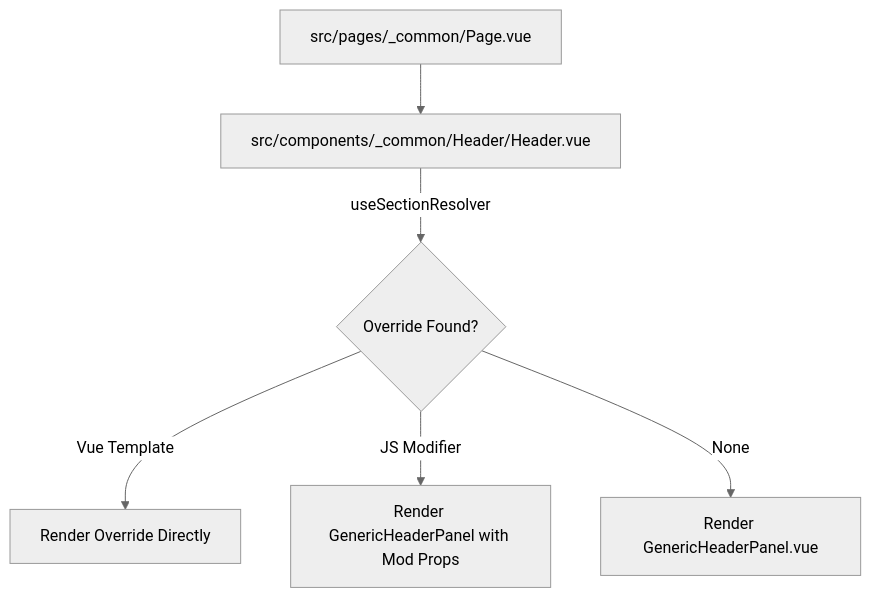
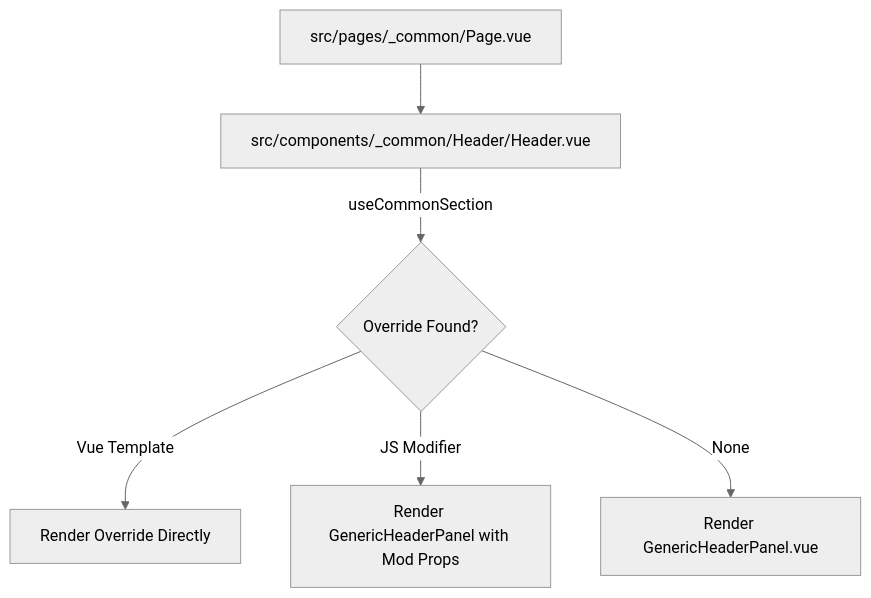
One commit to firumon/little-leap-aql changed the first of 4 diagrams in Documents/CUSTOM_PAGE_AND_PAGE_SECTIONS_CUSTOMIZATIONS.md. Above: the diagram before and after it, drawn with Mermaid (neutral theme). The commit also changed other lines of this file and 8 other files, not shown here.

Commit message:
docs: update header and section resolution guides for useCommonSection pattern

````diff
--- a/Documents/CUSTOM_PAGE_AND_PAGE_SECTIONS_CUSTOMIZATIONS.md
+++ b/Documents/CUSTOM_PAGE_AND_PAGE_SECTIONS_CUSTOMIZATIONS.md
@@ -46,8 +46,8 @@
 ```mermaid
 graph TD
     PageVue[src/pages/_common/Page.vue] --> HeaderFallback[src/components/_common/Header/Header.vue]
-    HeaderFallback -->|useSectionResolver| CustomOverride{Override Found?}
+    HeaderFallback -->|useCommonSection| CustomOverride{Override Found?}
     CustomOverride -->|Vue Template| RenderVue[Render Override Directly]
     CustomOverride -->|JS Modifier| RenderGenericWithJS[Render GenericHeaderPanel with Mod Props]
     CustomOverride -->|None| RenderGeneric[Render GenericHeaderPanel.vue]
 ```
````
